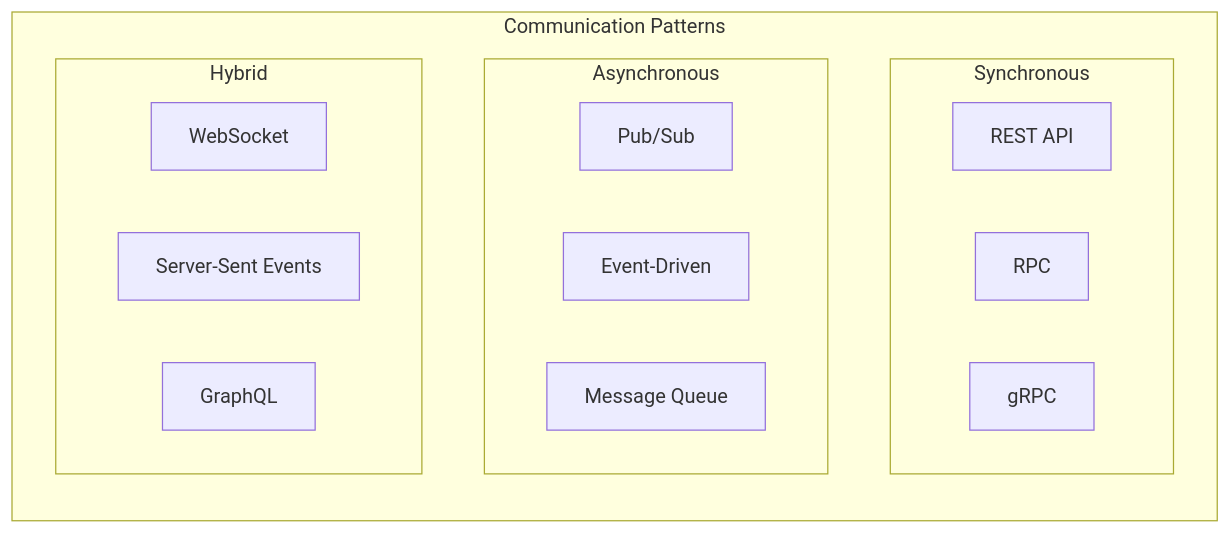
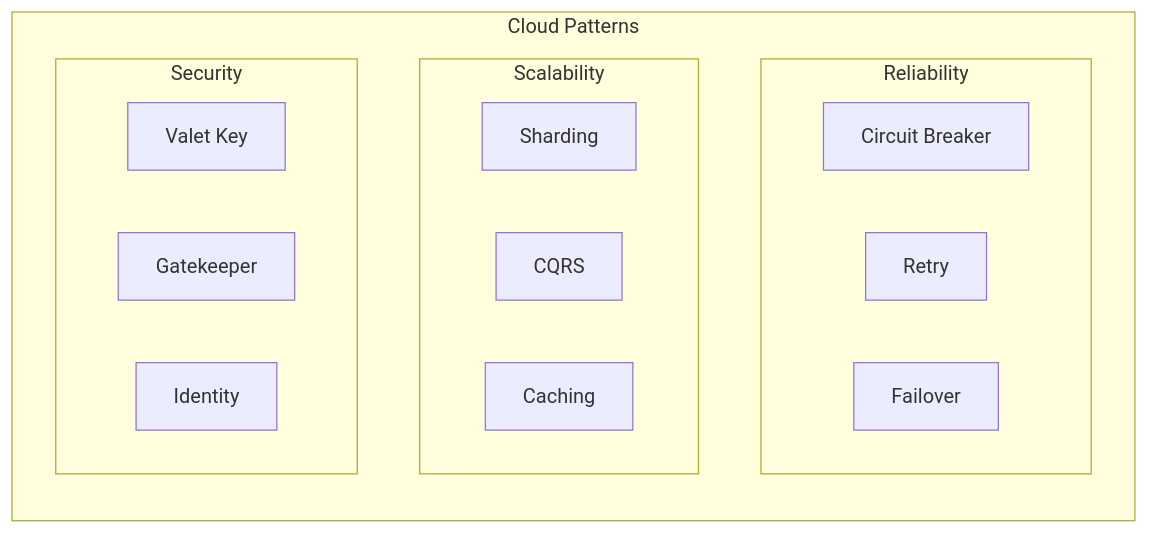
One commit to saravanakumarrc/Architecture_Journey changed the fifth of 7 diagrams in src/System_Design_Principles_and_Patterns.md. Above: the diagram before and after it, drawn with Mermaid. The commit also changed other lines of this file and 4 other files, not shown here.

````diff
--- a/src/System_Design_Principles_and_Patterns.md
+++ b/src/System_Design_Principles_and_Patterns.md
@@ -423,24 +182,24 @@
 ```mermaid
-flowchart TB
-    subgraph "Communication Patterns"
+graph TB
+    subgraph "Cloud Patterns"
         direction TB
         
-        subgraph "Synchronous"
-            REST[REST API]
-            RPC[RPC]
-            GRPC[gRPC]
+        subgraph "Reliability"
+            CB[Circuit Breaker]
+            R[Retry]
+            FO[Failover]
         end
         
-        subgraph "Asynchronous"
-            PUB[Pub/Sub]
-            EVT[Event-Driven]
-            MSG[Message Queue]
+        subgraph "Scalability"
+            SH[Sharding]
+            CQRS[CQRS]
+            C[Caching]
         end
         
-        subgraph "Hybrid"
-            WS[WebSocket]
-            SSE[Server-Sent Events]
-            GQL[GraphQL]
+        subgraph "Security"
+            V[Valet Key]
+            G[Gatekeeper]
+            I[Identity]
         end
     end
 ```
````
